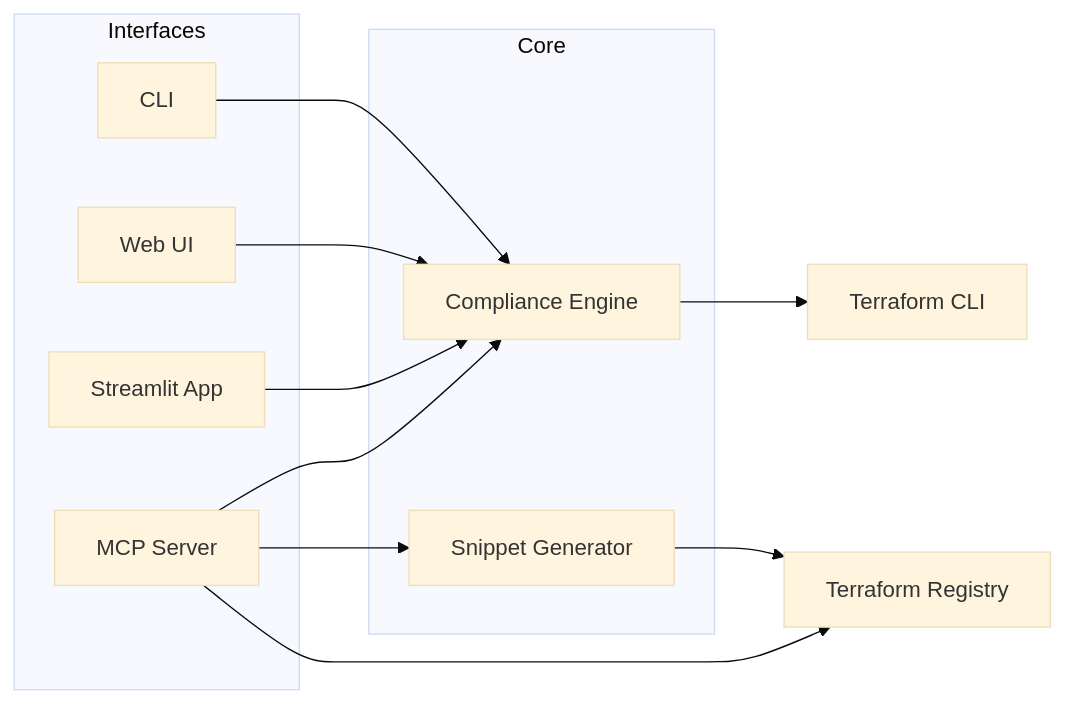
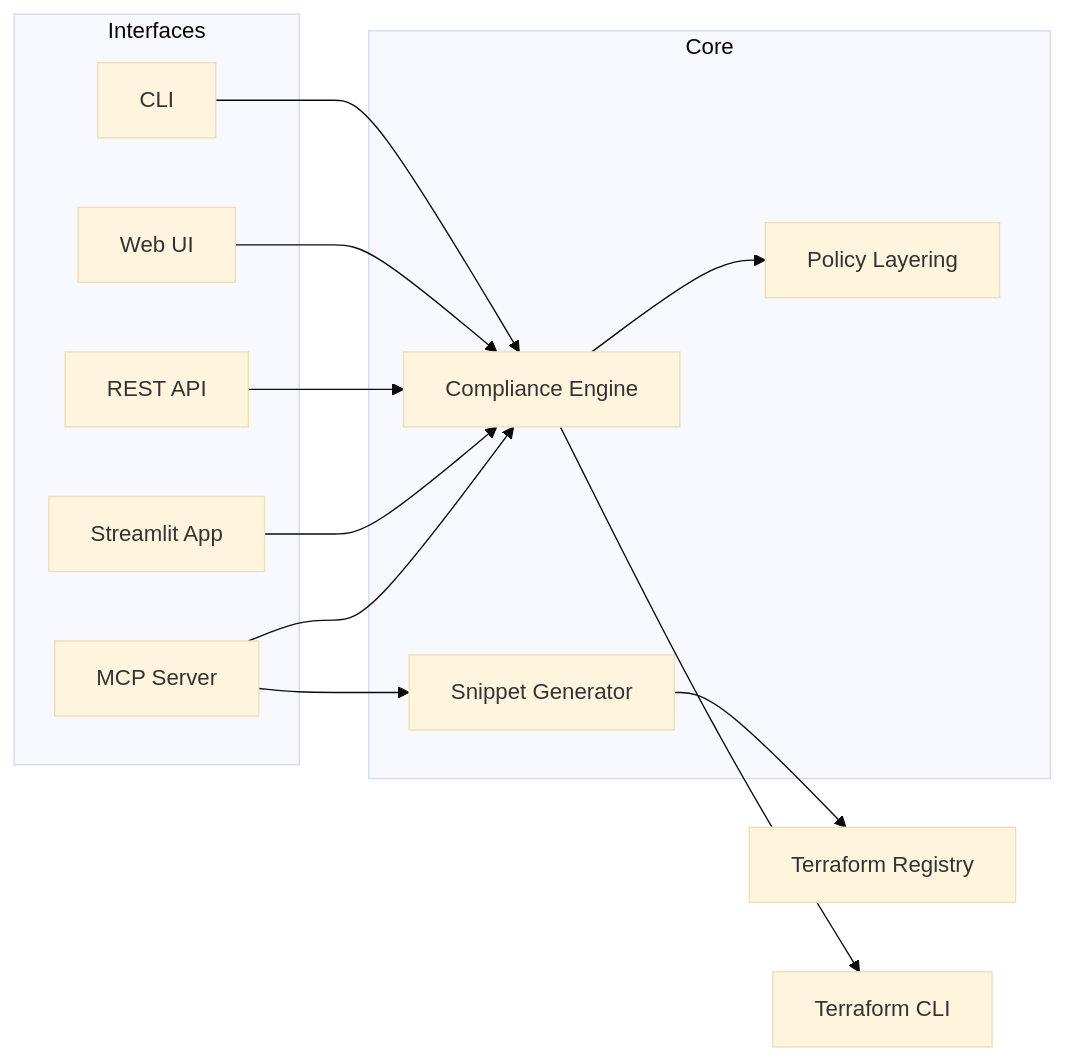
One commit to Huzefaaa2/terraform-guardrail changed the first of 3 diagrams in docs/wiki/Architecture.md. Above: the diagram before and after it, drawn with Mermaid (base theme). The commit also changed other lines of this file and 5 other files, not shown here.

Commit message:
Revamp README and add roadmap/comparison docs

````diff
--- a/docs/wiki/Architecture.md
+++ b/docs/wiki/Architecture.md
@@ -5,26 +7,29 @@
 ```mermaid
 flowchart LR
     subgraph Interfaces
         CLI[CLI]
         MCP[MCP Server]
         WEB[Web UI]
+        API[REST API]
         STL[Streamlit App]
     end
 
     subgraph Core
         SCAN[Compliance Engine]
         GEN[Snippet Generator]
+        POLICY[Policy Layering]
     end
 
     REG[Terraform Registry]
     TF[Terraform CLI]
 
     CLI --> SCAN
     WEB --> SCAN
+    API --> SCAN
     STL --> SCAN
     MCP --> SCAN
     MCP --> GEN
     SCAN --> TF
     GEN --> REG
-    MCP --> REG
+    SCAN --> POLICY
 ```
````
